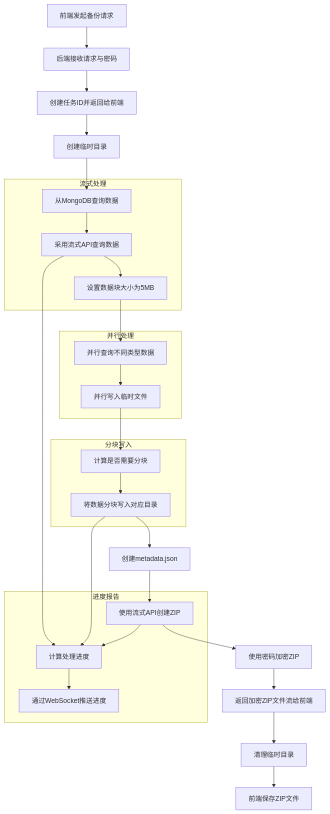
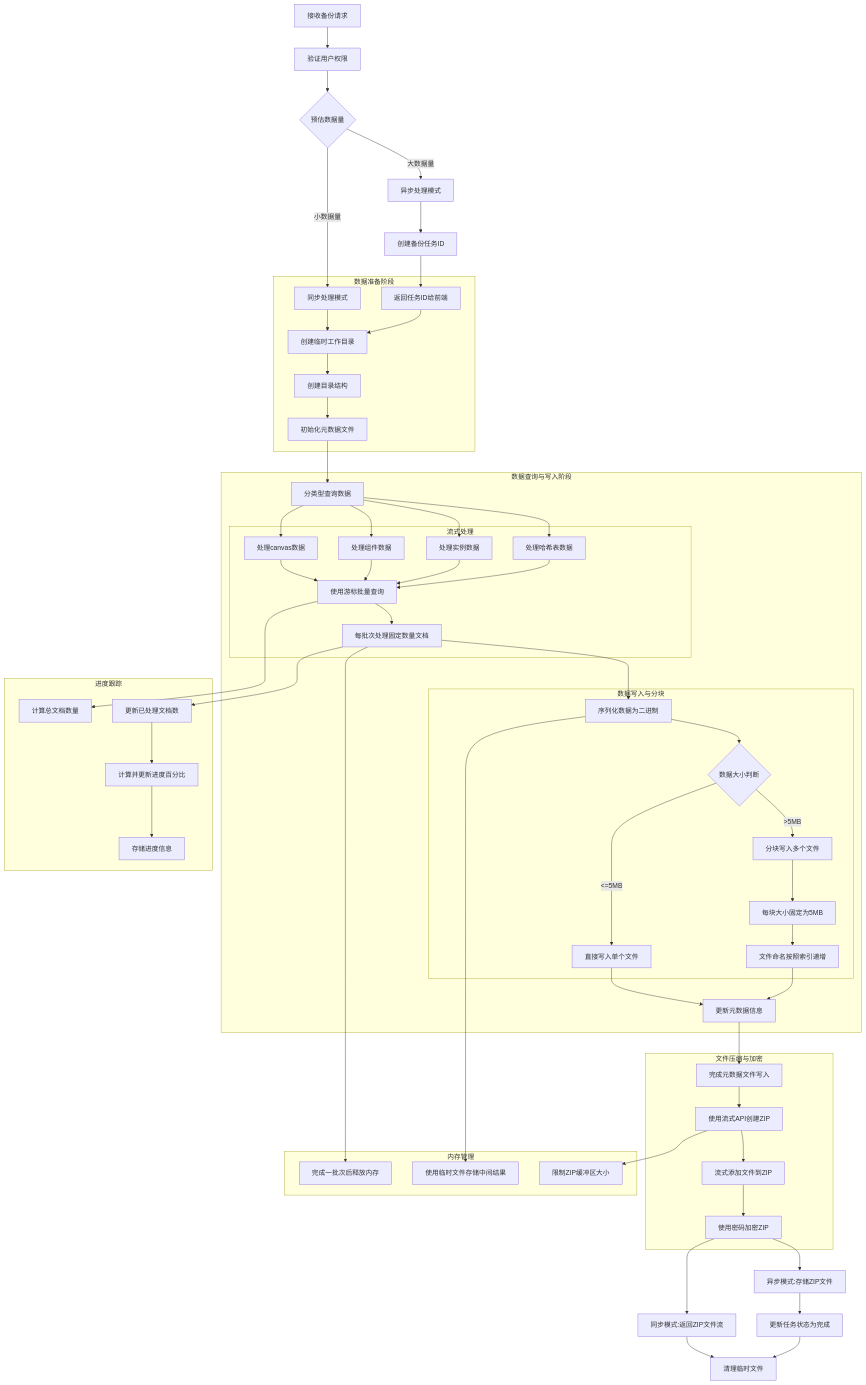
One commit to yingjianzh/iodraw-files changed the diagram in all/未命名-61.md. Above: the diagram before and after it, drawn with Mermaid.

Commit message:
2025-05-15 16:46:52 update

````diff
--- a/all/未命名-61.md
+++ b/all/未命名-61.md
@@ -1,37 +1,74 @@
 ```mermaid
 flowchart TD
-    A[前端发起备份请求] --> B[后端接收请求与密码]
-    B --> C[创建任务ID并返回给前端]
-    C --> D[创建临时目录]
-    D --> E[从MongoDB查询数据]
+    A[接收备份请求] --> B[验证用户权限]
+    B --> C{预估数据量}
+    C -->|小数据量| D[同步处理模式]
+    C -->|大数据量| E[异步处理模式]
     
-    subgraph 流式处理
-      E --> F[采用流式API查询数据]
-      F --> G[设置数据块大小为5MB]
+    E --> F[创建备份任务ID]
+    F --> G[返回任务ID给前端]
+    
+    subgraph 数据准备阶段
+      D --> H[创建临时工作目录]
+      G --> H
+      H --> I[创建目录结构]
+      I --> J[初始化元数据文件]
     end
     
-    subgraph 并行处理
-      G --> H[并行查询不同类型数据]
-      H --> I[并行写入临时文件]
+    subgraph 数据查询与写入阶段
+      J --> K[分类型查询数据]
+      
+      K --> L[处理canvas数据]
+      K --> M[处理组件数据]
+      K --> N[处理实例数据]
+      K --> O[处理哈希表数据]
+      
+      subgraph 流式处理
+        L --> P[使用游标批量查询]
+        M --> P
+        N --> P
+        O --> P
+        P --> Q[每批次处理固定数量文档]
+      end
+      
+      subgraph 数据写入与分块
+        Q --> R[序列化数据为二进制]
+        R --> S{数据大小判断}
+        S -->|<=5MB| T[直接写入单个文件]
+        S -->|>5MB| U[分块写入多个文件]
+        
+        U --> V[每块大小固定为5MB]
+        V --> W[文件命名按照索引递增]
+      end
+      
+      T --> X[更新元数据信息]
+      W --> X
     end
     
-    subgraph 分块写入
-      I --> J[计算是否需要分块]
-      J --> K[将数据分块写入对应目录]
+    subgraph 文件压缩与加密
+      X --> Y[完成元数据文件写入]
+      Y --> Z[使用流式API创建ZIP]
+      Z --> AA[流式添加文件到ZIP]
+      AA --> AB[使用密码加密ZIP]
     end
     
-    K --> L[创建metadata.json]
-    L --> M[使用流式API创建ZIP]
-    M --> N[使用密码加密ZIP]
-    
-    subgraph 进度报告
-      F --> O[计算处理进度]
-      K --> O
-      M --> O
-      O --> P[通过WebSocket推送进度]
+    subgraph 内存管理
+      Q --> AC[完成一批次后释放内存]
+      R --> AD[使用临时文件存储中间结果]
+      Z --> AE[限制ZIP缓冲区大小]
     end
     
-    N --> Q[返回加密ZIP文件流给前端]
-    Q --> R[清理临时目录]
-    R --> S[前端保存ZIP文件]
+    subgraph 进度跟踪
+      P --> AF[计算总文档数量]
+      Q --> AG[更新已处理文档数]
+      AG --> AH[计算并更新进度百分比]
+      AH --> AI[存储进度信息]
+    end
+    
+    AB --> AJ[异步模式:存储ZIP文件]
+    AB --> AK[同步模式:返回ZIP文件流]
+    
+    AJ --> AL[更新任务状态为完成]
+    AK --> AM[清理临时文件]
+    AL --> AM
 ```
````
